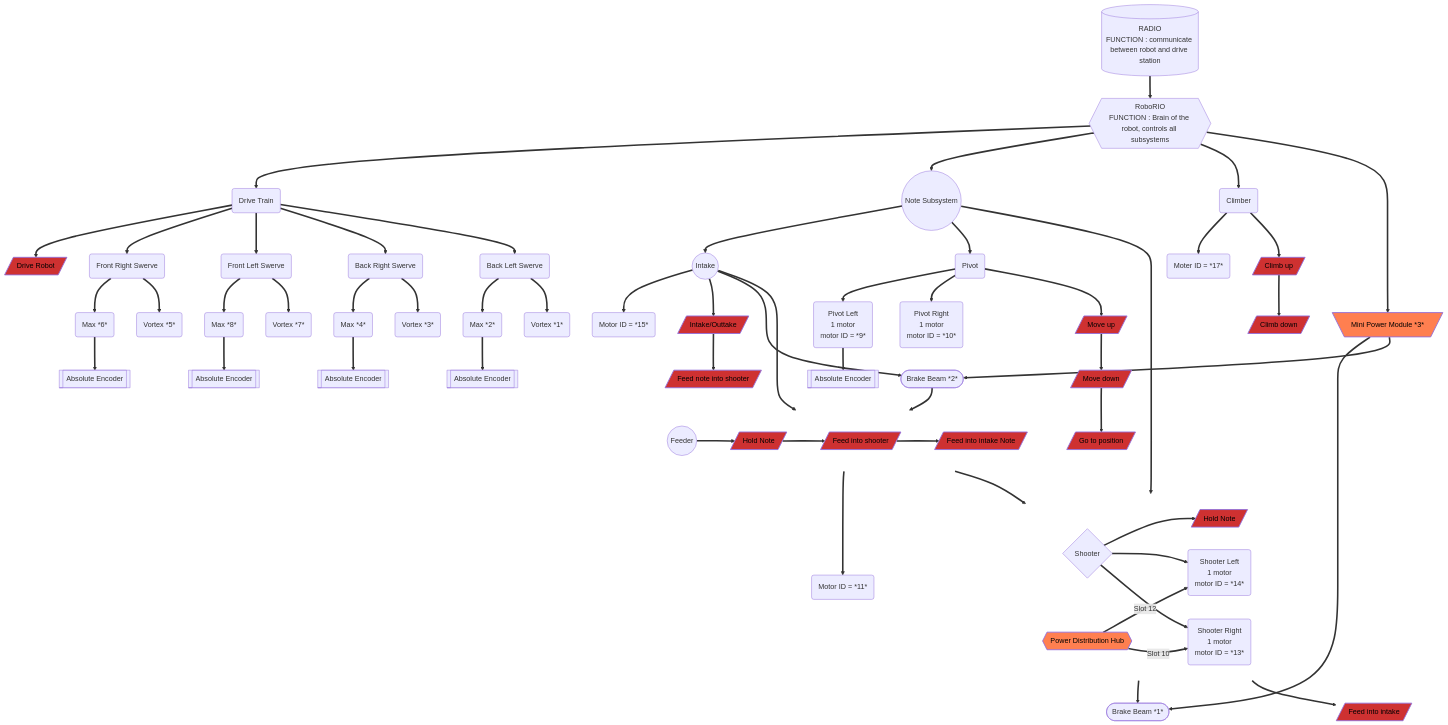
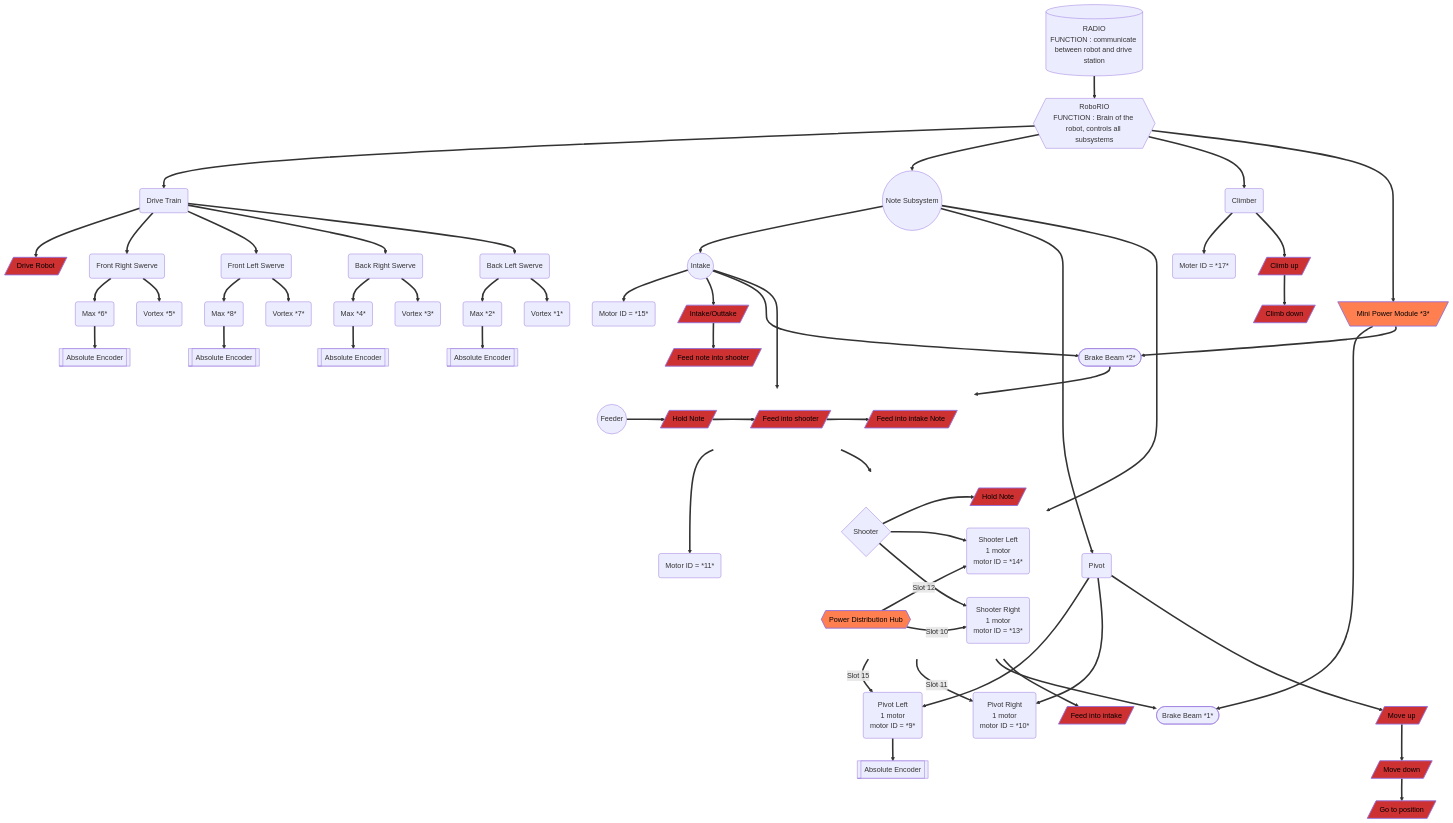
Before and after one commit to richardson-area-wide-robotics/Frc24-Crescendo-1745-OffSeason-AdvantageKit: the diagram in tony_graphs.md, drawn with Mermaid.

```diff
--- a/tony_graphs.md
+++ b/tony_graphs.md
@@ -8,7 +8,7 @@
         ShooterSystem==>ShooterLeft(Shooter Left
 1 motor
 motor ID = *14*);
-    PDH==>|Slot 12|ShooterLeft
+        PDH==>|Slot 12|ShooterLeft
 
         ShooterSystem==>ShooterRight(Shooter Right
 1 motor
@@ -18,7 +18,7 @@
 
 subgraph invisibleFeederGroup
         direction LR
-        FeederSystem ==>FUNCFEEDER;
+        FeederSystem  ==>FUNCFEEDER;
         FUNCFEEDER[/Hold Note/] ==>FUNCFEEDER2;
         FUNCFEEDER2[/Feed into shooter/] ==> FUNCFEEDER3;
         FUNCFEEDER3[/Feed into intake Note/];
@@ -42,9 +42,11 @@
     PivotSystem==>PivotLeft(Pivot Left
 1 motor
 motor ID = *9*);
+    PDH==>|Slot 15|PivotLeft
     PivotSystem==>PivotRight(Pivot Right
 1 motor
 motor ID = *10*);
+    PDH==>|Slot 11|PivotRight
     DriveTrain==>FrontRightSwerve(Front Right Swerve);
     DriveTrain==>FrontLeftSwerve(Front Left Swerve);
     DriveTrain==>BackRightSwerve(Back Right Swerve);
```
